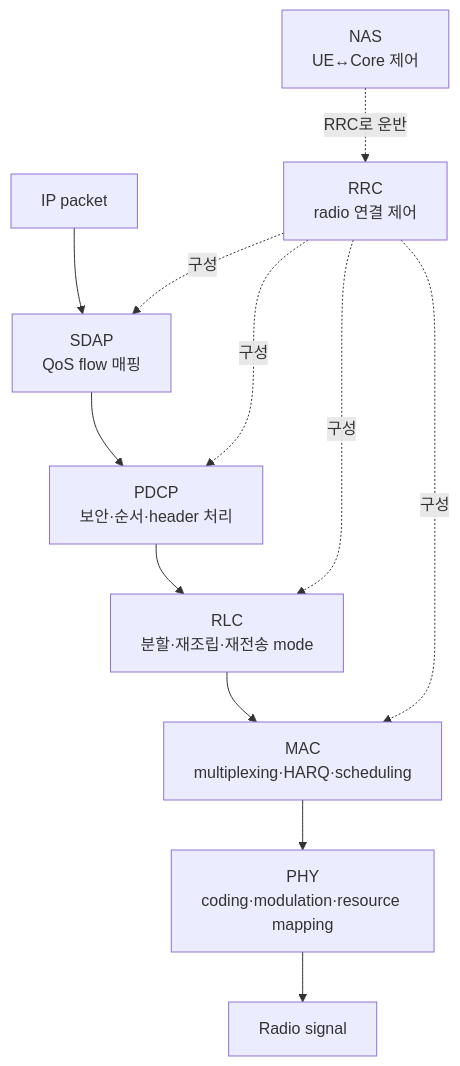
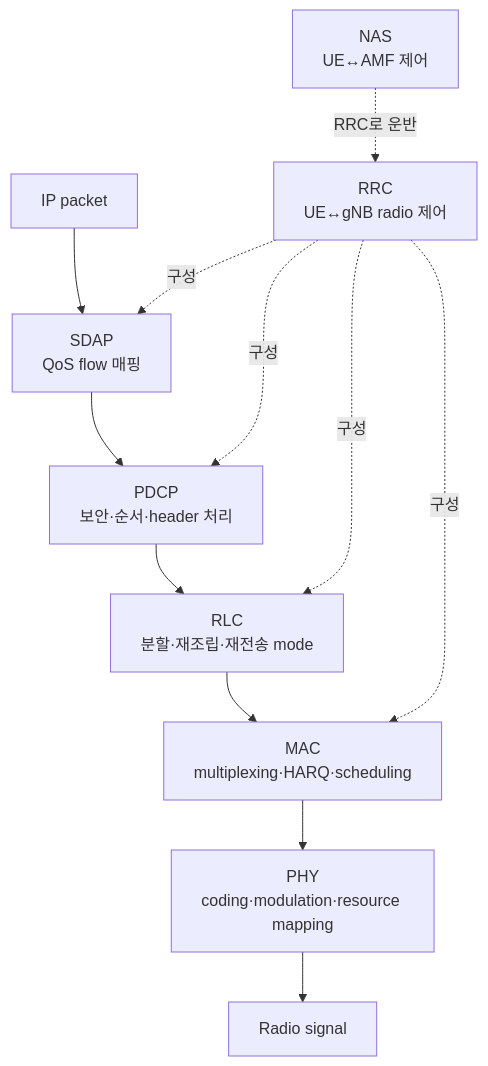
Before and after one commit to mj006648/netai-devsecops-runbook: the diagram in learning/wireless-communications/10-nr-radio-and-protocol-stack.md, drawn with Mermaid. The commit also changed other lines of this file and 24 other files, not shown here.

````diff
--- a/learning/wireless-communications/10-nr-radio-and-protocol-stack.md
+++ b/learning/wireless-communications/10-nr-radio-and-protocol-stack.md
@@ -77,14 +23,14 @@
 ```mermaid
 flowchart TB
     APP["IP packet"] --> SDAP["SDAP<br/>QoS flow 매핑"]
     SDAP --> PDCP["PDCP<br/>보안·순서·header 처리"]
     PDCP --> RLC["RLC<br/>분할·재조립·재전송 mode"]
     RLC --> MAC["MAC<br/>multiplexing·HARQ·scheduling"]
     MAC --> PHY["PHY<br/>coding·modulation·resource mapping"]
     PHY --> AIR["Radio signal"]
-    RRC["RRC<br/>radio 연결 제어"] -.구성.-> SDAP
+    RRC["RRC<br/>UE↔gNB radio 제어"] -.구성.-> SDAP
     RRC -.구성.-> PDCP
     RRC -.구성.-> RLC
     RRC -.구성.-> MAC
-    NAS["NAS<br/>UE↔Core 제어"] -.RRC로 운반.-> RRC
+    NAS["NAS<br/>UE↔AMF 제어"] -.RRC로 운반.-> RRC
 ```
````
